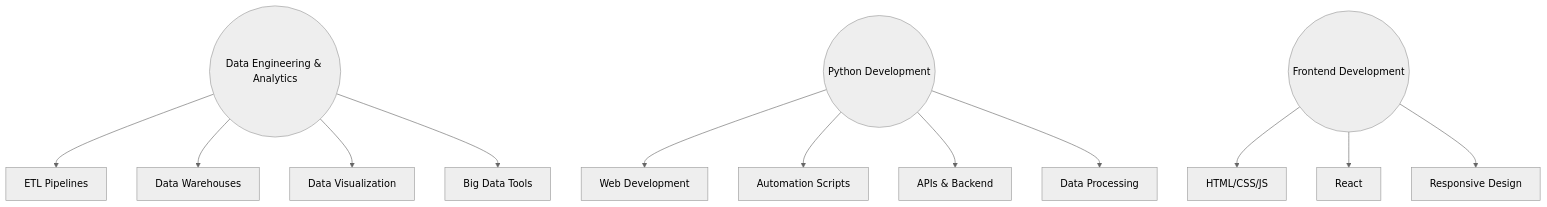
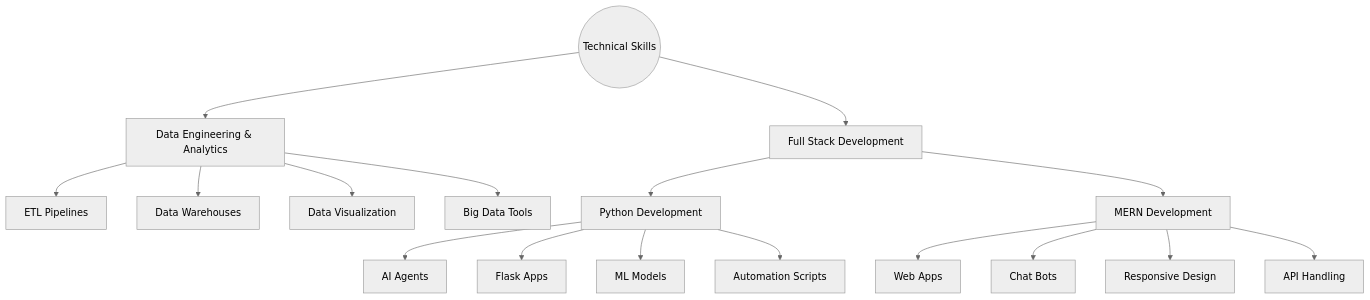
Before and after one commit to Pratik3c/Pratik3c: the diagram in README.md, drawn with Mermaid (neutral theme). The commit also changed other lines of this file, not shown here.

````diff
--- a/README.md
+++ b/README.md
@@ -76,14 +78,28 @@
 ```mermaid
 flowchart TD
-    A((Data Engineering & Analytics)) --> B[ETL Pipelines]
-    A --> C[Data Warehouses]
-    A --> D[Data Visualization]
-    A --> E[Big Data Tools]
-    F((Python Development)) --> G[Web Development]
-    F --> H[Automation Scripts]
-    F --> I[APIs & Backend]
-    F --> J[Data Processing]
-    K((Frontend Development)) --> L[HTML/CSS/JS]
-    K --> M[React]
-    K --> N[Responsive Design]
+    A((Technical Skills))
+
+    %% Data Engineering Branch
+    A --> B[Data Engineering & Analytics]
+    B --> B1[ETL Pipelines]
+    B --> B2[Data Warehouses]
+    B --> B3[Data Visualization]
+    B --> B4[Big Data Tools]
+
+    %% Full Stack Branch
+    A --> C[Full Stack Development]
+
+    %% Python Development
+    C --> D[Python Development]
+    D --> D1[AI Agents]
+    D --> D2[Flask Apps]
+    D --> D3[ML Models]
+    D --> D4[Automation Scripts]
+
+    %% MERN Development
+    C --> E[MERN Development]
+    E --> E1[Web Apps]
+    E --> E2[Chat Bots]
+    E --> E3[Responsive Design]
+    E --> E4[API Handling]
 ```
````
